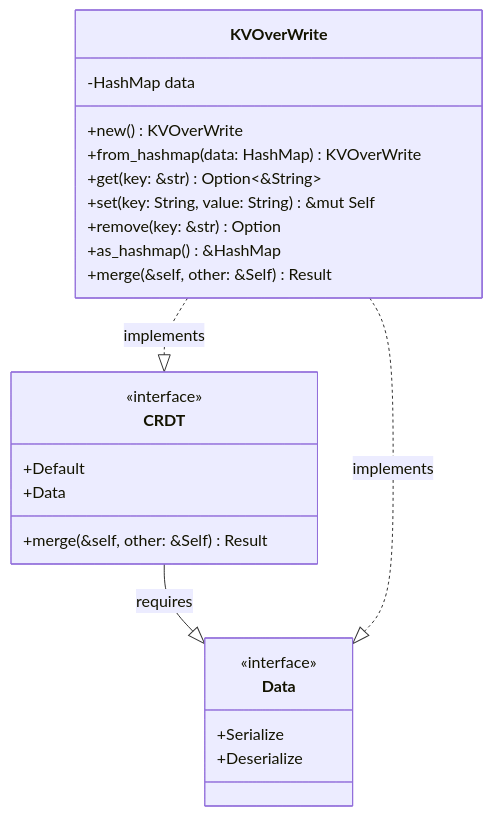
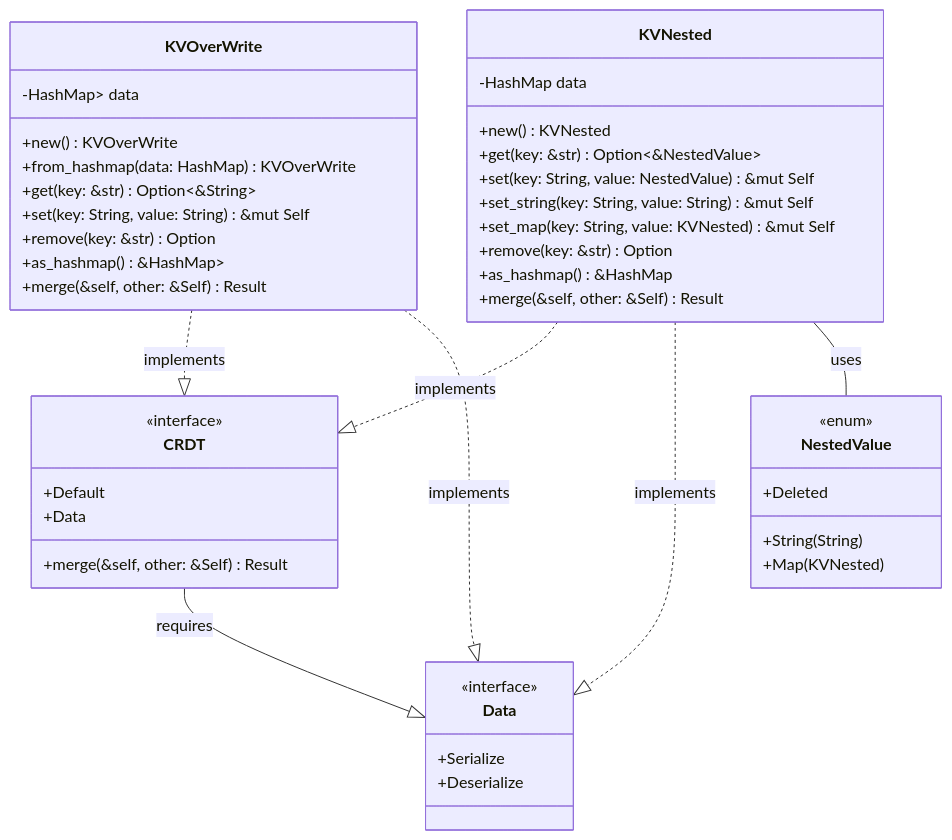
The diagram in docs/src/internal/core_components/crdt.md (arcuru/eidetica), drawn with Mermaid before and after one commit. The commit also changed other lines of this file and 18 other files, not shown here.

First line of the commit message:
feat(data): add KVNested and tombstones

````diff
--- a/docs/src/internal/core_components/crdt.md
+++ b/docs/src/internal/core_components/crdt.md
@@ -7,30 +7,52 @@
 ```mermaid
 classDiagram
     class Data {
         <<interface>>
         +Serialize
         +Deserialize
     }
 
     class CRDT {
         <<interface>>
         +Default
         +Data
         +merge(&self, other: &Self) Result<Self>
     }
 
     class KVOverWrite {
-        -HashMap<String, String> data
+        -HashMap<String, Option<String>> data
         +new() KVOverWrite
         +from_hashmap(data: HashMap<String, String>) KVOverWrite
         +get(key: &str) Option<&String>
         +set(key: String, value: String) &mut Self
         +remove(key: &str) Option<String>
-        +as_hashmap() &HashMap<String, String>
+        +as_hashmap() &HashMap<String, Option<String>>
+        +merge(&self, other: &Self) Result<Self>
+    }
+
+    class NestedValue {
+        <<enum>>
+        +String(String)
+        +Map(KVNested)
+        +Deleted
+    }
+
+    class KVNested {
+        -HashMap<String, NestedValue> data
+        +new() KVNested
+        +get(key: &str) Option<&NestedValue>
+        +set(key: String, value: NestedValue) &mut Self
+        +set_string(key: String, value: String) &mut Self
+        +set_map(key: String, value: KVNested) &mut Self
+        +remove(key: &str) Option<NestedValue>
+        +as_hashmap() &HashMap<String, NestedValue>
         +merge(&self, other: &Self) Result<Self>
     }
 
     CRDT --|> Data : requires
     KVOverWrite ..|> CRDT : implements
     KVOverWrite ..|> Data : implements
+    KVNested ..|> CRDT : implements
+    KVNested ..|> Data : implements
+    KVNested -- NestedValue : uses
 ```
````
